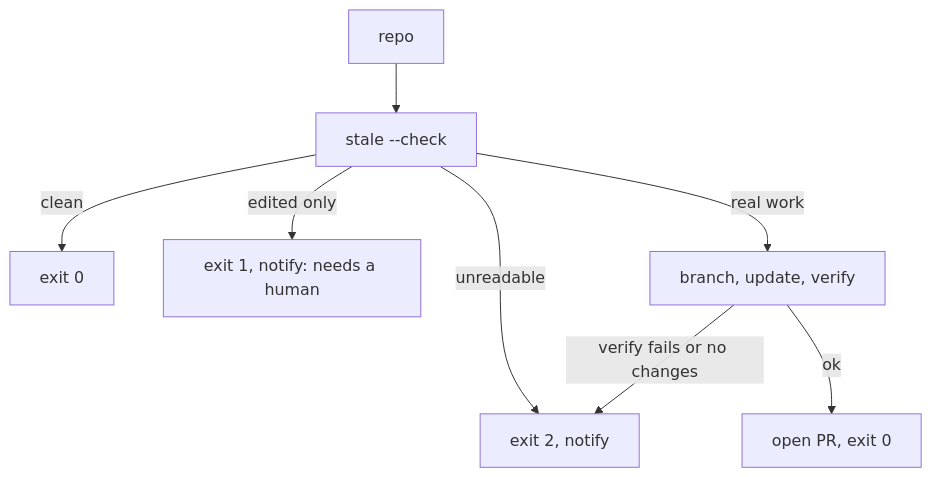
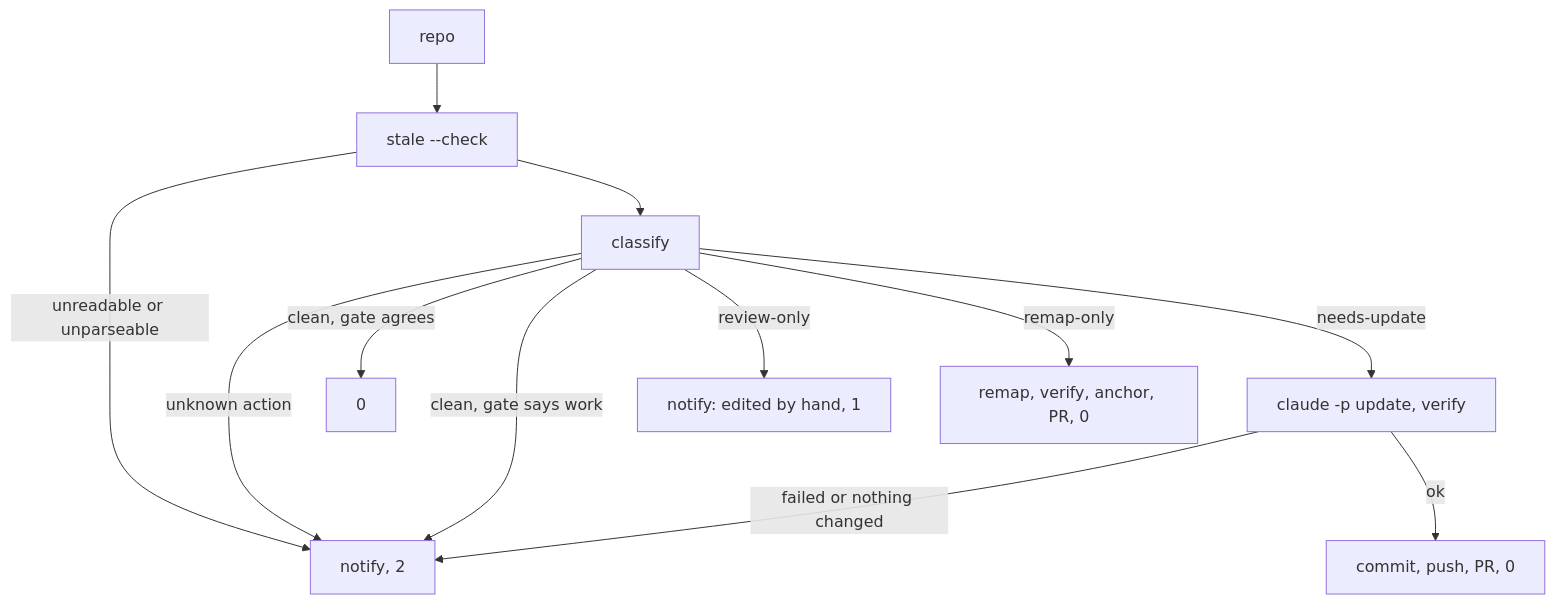
The diagram in .akashic/wiki/maintenance-loop.md (ARMeeru/akashic-record), drawn with Mermaid before and after one commit. The commit also changed other lines of this file and 4 other files, not shown here.

````diff
--- a/.akashic/wiki/maintenance-loop.md
+++ b/.akashic/wiki/maintenance-loop.md
@@ -50,10 +64,14 @@
 ```mermaid
 flowchart TD
     R[repo] --> G[stale --check]
-    G -- unreadable --> E2[exit 2, notify]
-    G -- clean --> Z[exit 0]
-    G -- edited only --> H[exit 1, notify: needs a human]
-    G -- real work --> U[branch, update, verify]
-    U -- verify fails or no changes --> E2
-    U -- ok --> PR[open PR, exit 0]
+    G -- unreadable or unparseable --> E2[notify, 2]
+    G --> C[classify]
+    C -- unknown action --> E2
+    C -- clean, gate agrees --> Z[0]
+    C -- clean, gate says work --> E2
+    C -- review-only --> H[notify: edited by hand, 1]
+    C -- remap-only --> RM[remap, verify, anchor, PR, 0]
+    C -- needs-update --> U[claude -p update, verify]
+    U -- failed or nothing changed --> E2
+    U -- ok --> PR[commit, push, PR, 0]
 ```
````
